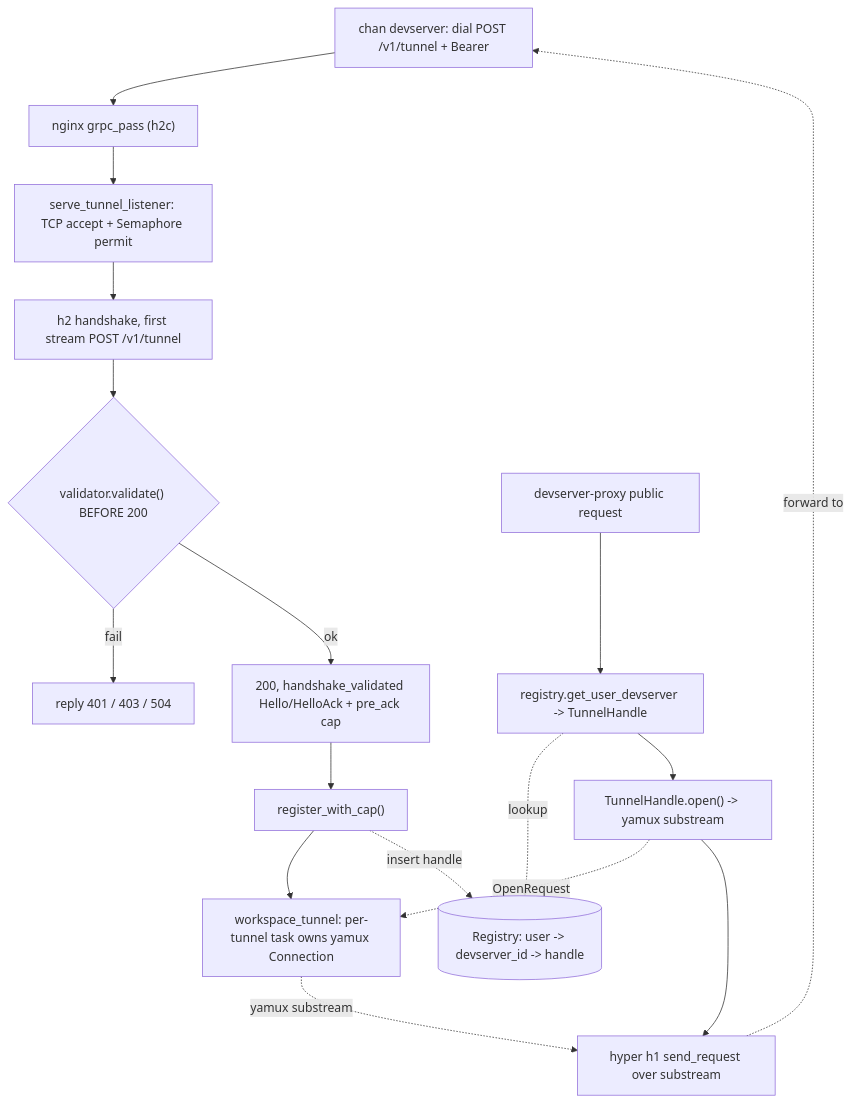
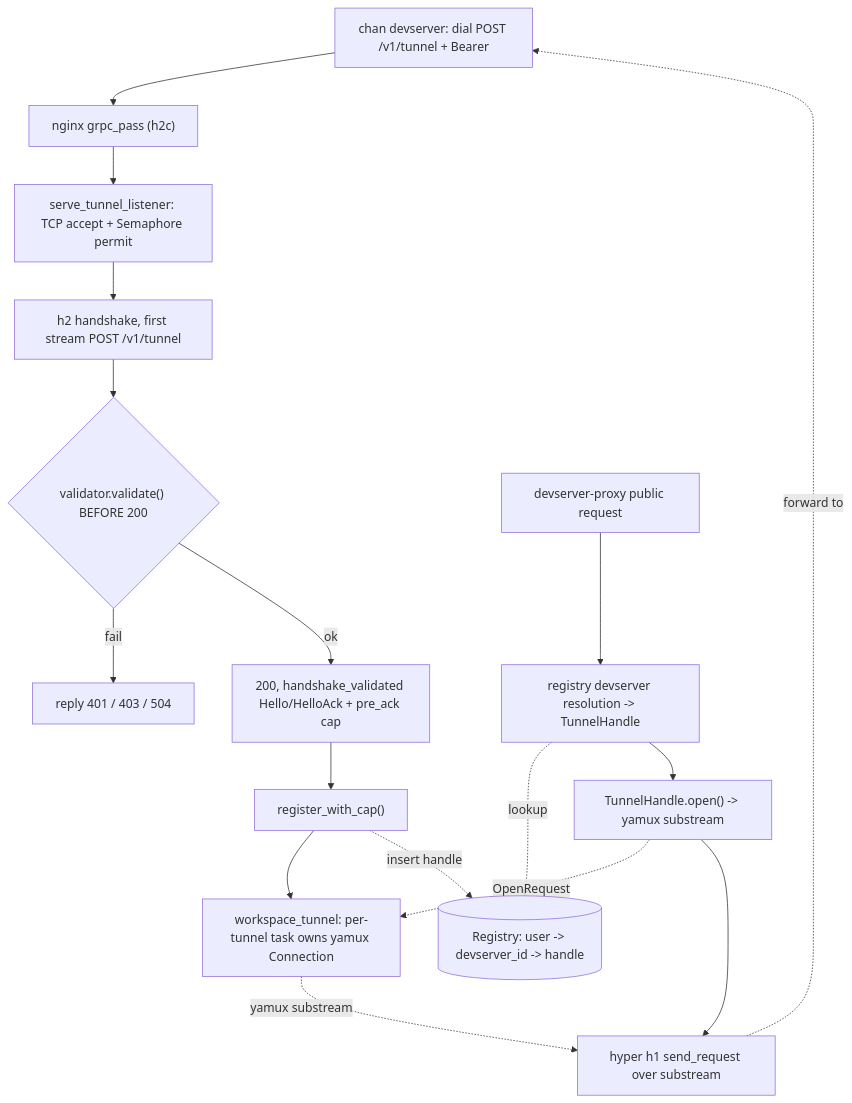
Before and after one commit to likewhatevs/chan: the first of 2 diagrams in crates/chan-tunnel-server/design.md, drawn with Mermaid. The commit also changed 7 other files, not shown here.

````diff
--- a/crates/chan-tunnel-server/design.md
+++ b/crates/chan-tunnel-server/design.md
@@ -38,29 +38,29 @@
 ```mermaid
 flowchart TD
     client["chan devserver: dial POST /v1/tunnel + Bearer"]
     nginx["nginx grpc_pass (h2c)"]
     listener["serve_tunnel_listener: TCP accept + Semaphore permit"]
     h2["h2 handshake, first stream POST /v1/tunnel"]
     validate{"validator.validate() BEFORE 200"}
     reject["reply 401 / 403 / 504"]
     ack["200, handshake_validated Hello/HelloAck + pre_ack cap"]
     register["register_with_cap()"]
     driver["workspace_tunnel: per-tunnel task owns yamux Connection"]
     registry[("Registry: user -> devserver_id -> handle")]
     proxy["devserver-proxy public request"]
-    get["registry.get_user_devserver -> TunnelHandle"]
+    get["registry devserver resolution -> TunnelHandle"]
     open["TunnelHandle.open() -> yamux substream"]
     h1["hyper h1 send_request over substream"]
 
     client --> nginx --> listener --> h2 --> validate
     validate -- "fail" --> reject
     validate -- "ok" --> ack --> register --> driver
     register -. "insert handle" .-> registry
     proxy --> get
     get -. "lookup" .-> registry
     get --> open
     open -. "OpenRequest" .-> driver
     open --> h1
     driver -. "yamux substream" .-> h1
     h1 -. "forward to" .-> client
 ```
````
